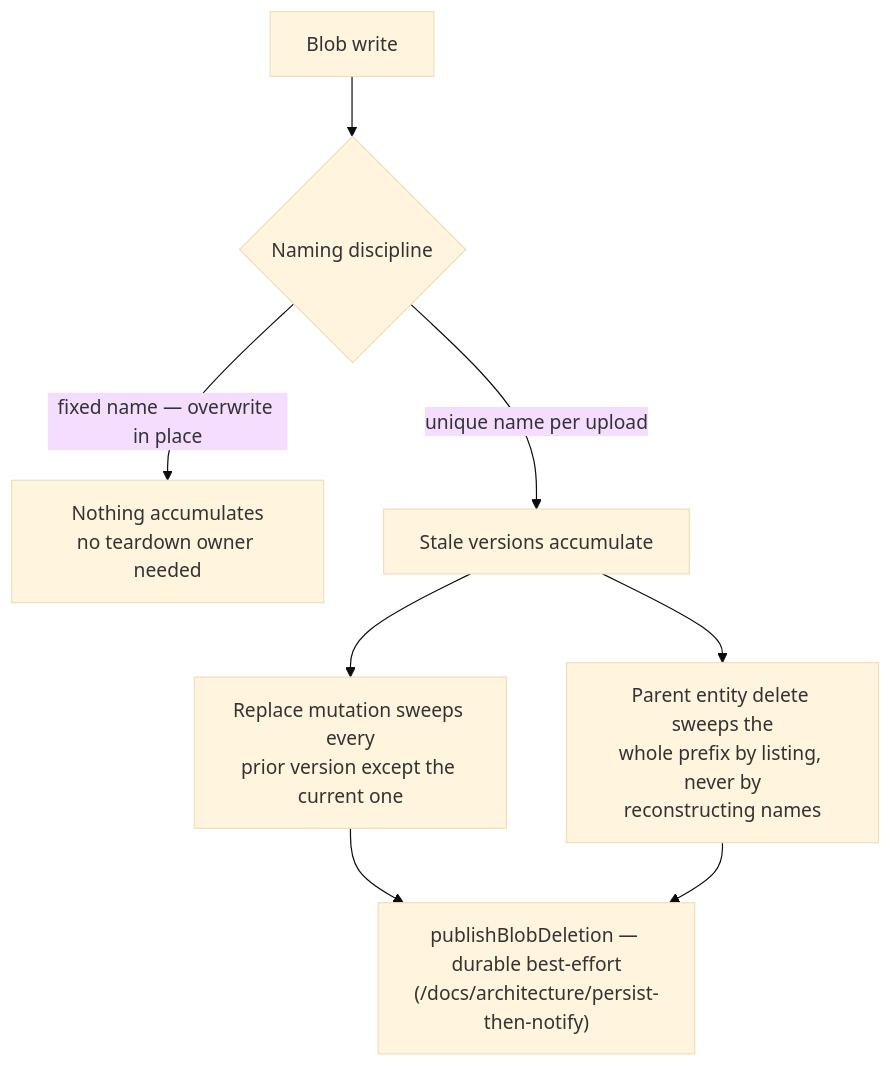
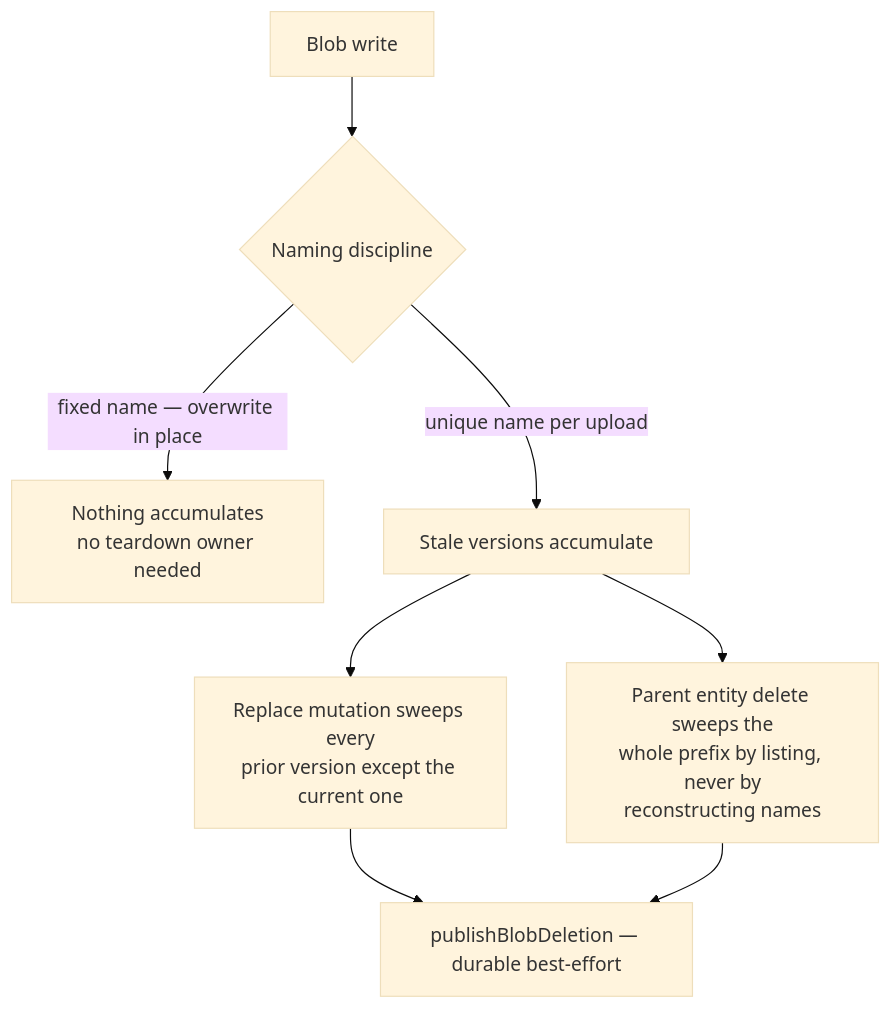
The diagram in packages/app/content/docs/architecture/blob-lifecycle.md (Esposter/Esposter), drawn with Mermaid (base theme) before and after one commit. The commit also changed other lines of this file and 22 other files, not shown here.

First line of the commit message:
docs(architecture): sweep the standards pages for prose that does not earn its line

````diff
--- a/packages/app/content/docs/architecture/blob-lifecycle.md
+++ b/packages/app/content/docs/architecture/blob-lifecycle.md
@@ -12,10 +12,10 @@
 ```mermaid
 flowchart TD
   W["Blob write"] --> N{"Naming discipline"}
   N -->|"fixed name — overwrite in place"| F["Nothing accumulates<br/>no teardown owner needed"]
   N -->|"unique name per upload"| U["Stale versions accumulate"]
   U --> R["Replace mutation sweeps every<br/>prior version except the current one"]
   U --> D["Parent entity delete sweeps the<br/>whole prefix by listing, never by<br/>reconstructing names"]
-  R --> P["publishBlobDeletion — durable best-effort<br/>(/docs/architecture/persist-then-notify)"]
+  R --> P["publishBlobDeletion — durable best-effort"]
   D --> P
 ```
````
